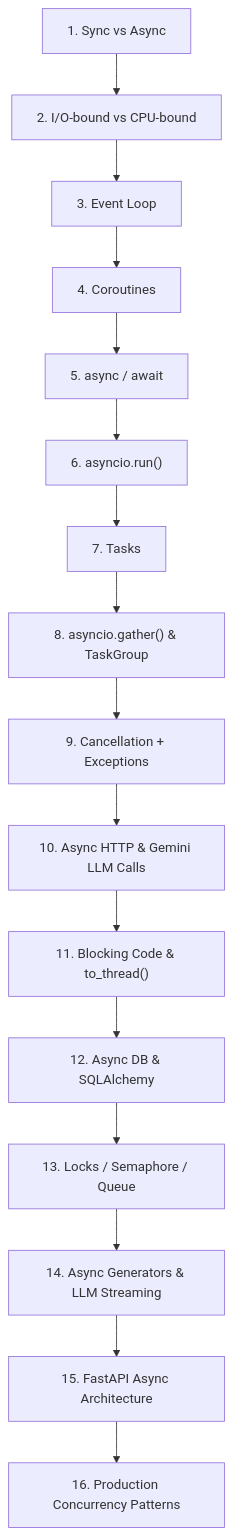
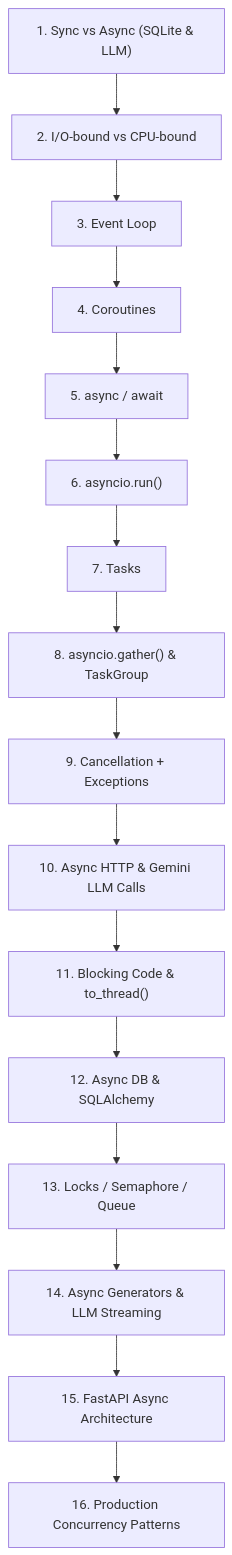
One commit to Jithin-jith/Asynchronous-Programming changed the diagram in README.md. Above: the diagram before and after it, drawn with Mermaid. The commit also changed other lines of this file and 68 other files, not shown here.

````diff
--- a/README.md
+++ b/README.md
@@ -9,18 +15,18 @@
 ```mermaid
 flowchart TD
-    M1["1. Sync vs Async"] --> M2["2. I/O-bound vs CPU-bound"]
+    M1["1. Sync vs Async (SQLite & LLM)"] --> M2["2. I/O-bound vs CPU-bound"]
     M2 --> M3["3. Event Loop"]
     M3 --> M4["4. Coroutines"]
     M4 --> M5["5. async / await"]
     M5 --> M6["6. asyncio.run()"]
     M6 --> M7["7. Tasks"]
     M7 --> M8["8. asyncio.gather() & TaskGroup"]
     M8 --> M9["9. Cancellation + Exceptions"]
     M9 --> M10["10. Async HTTP & Gemini LLM Calls"]
     M10 --> M11["11. Blocking Code & to_thread()"]
     M11 --> M12["12. Async DB & SQLAlchemy"]
     M12 --> M13["13. Locks / Semaphore / Queue"]
     M13 --> M14["14. Async Generators & LLM Streaming"]
     M14 --> M15["15. FastAPI Async Architecture"]
     M15 --> M16["16. Production Concurrency Patterns"]
 ```
````
